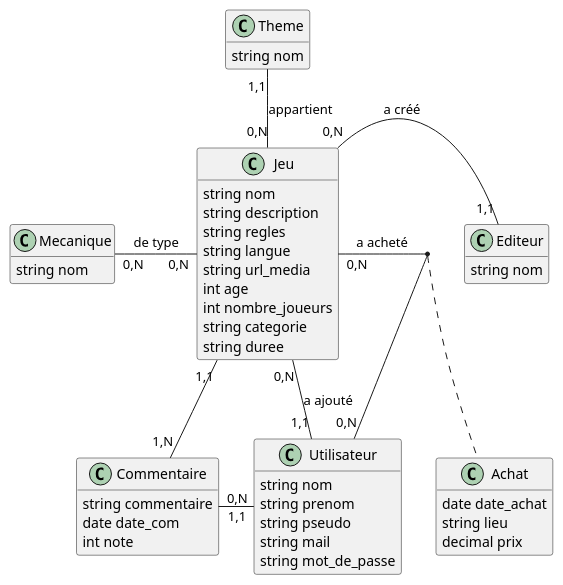
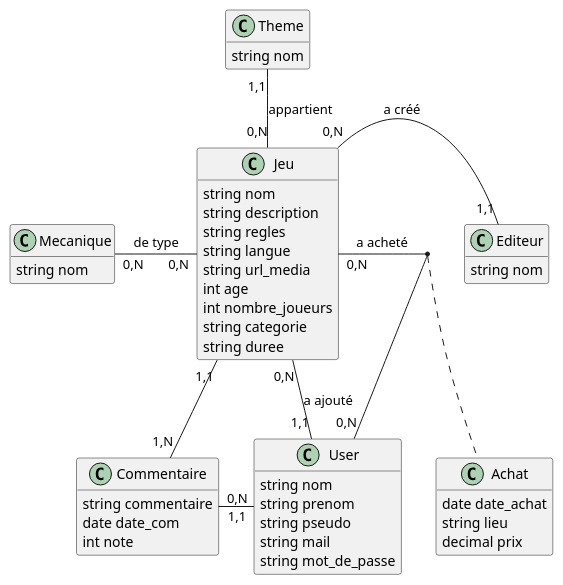
Before and after one commit to redbow26/Projet_Marathon_S3: the diagram in doc/images/modeleDonnees.puml, drawn with PlantUML. The commit also changed 2 other files, not shown here.

```diff
--- a/doc/images/modeleDonnees.puml
+++ b/doc/images/modeleDonnees.puml
@@ -1,63 +1,63 @@
 @startuml
 hide empty members
 'left to right direction
 
 class Jeu {
     string nom
     string description
     string regles
     string langue
     string url_media
     int age
     int nombre_joueurs
     string categorie
     string duree
 }
 
 class Achat {
     date date_achat
     string lieu
     decimal prix
 }
 
 class Mecanique {
     string nom
 }
 
 class Editeur {
     string nom
 }
 
 class Theme {
     string nom
 }
 
-class Utilisateur {
+class User {
     string nom
     string prenom
     string pseudo
     string mail
     string mot_de_passe
 }
 
 class Commentaire {
     string commentaire
     date date_com
     int note
 }
 
 
 Jeu "0,N" -right- "1,1" Editeur : a créé
 Jeu "0,N" -up- "1,1" Theme : appartient
 Jeu "0,N" --left-- "0,N" Mecanique : de type
-Jeu "0,N" -- "1,1" Utilisateur : a ajouté
-Jeu "0,N" --left-- "0,N" Utilisateur : a acheté
-(Jeu, Utilisateur) . Achat
+Jeu "0,N" -- "1,1" User : a ajouté
+Jeu "0,N" --left-- "0,N" User : a acheté
+(Jeu, User) . Achat
 'Jeu "0,N" -- "0,N" Utilisateur : a commenté
 '(Jeu, Utilisateur) . Commentaire
 Jeu "1,1" -- "1,N" Commentaire
-Commentaire "0,N" -right- "1,1" Utilisateur
+Commentaire "0,N" -right- "1,1" User
 'Utilisateur "0,N" -- "1,1" JeuUtilisateur: a acheté
 'JeuUtilisateur "1,1" -- "0,N" Jeu : appartient
 
 @enduml
```
